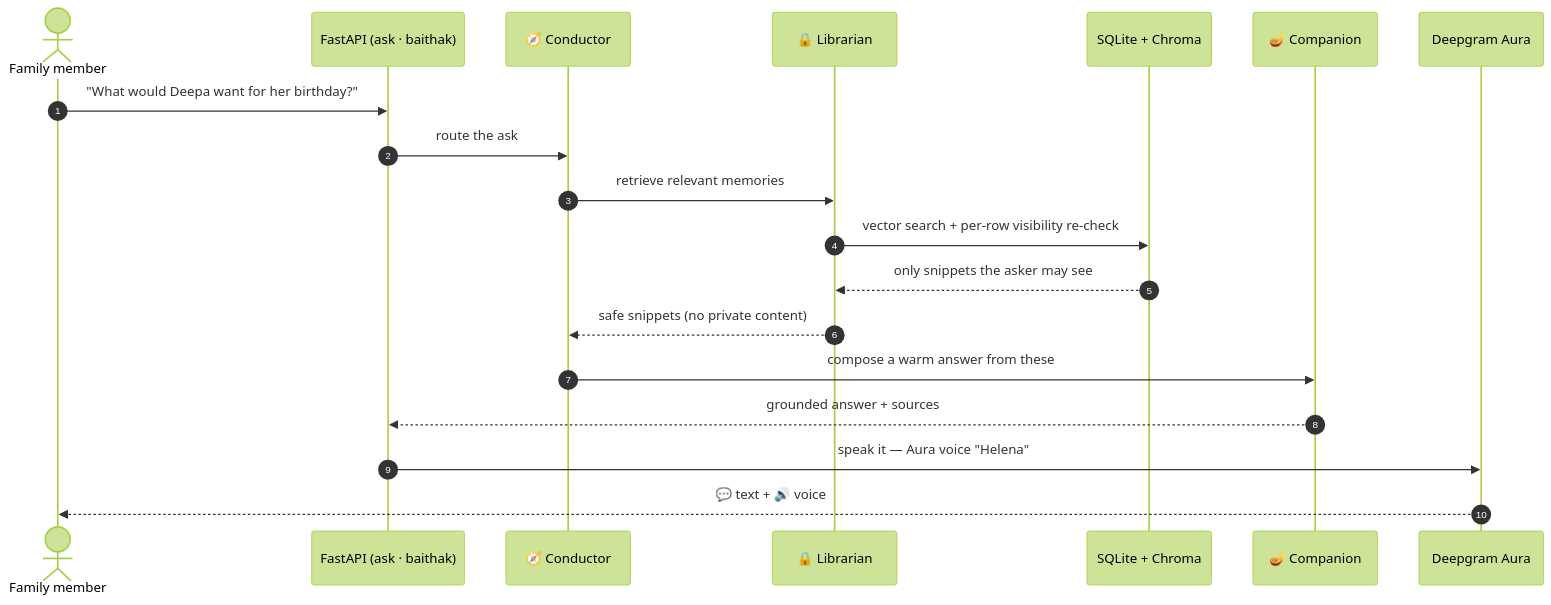
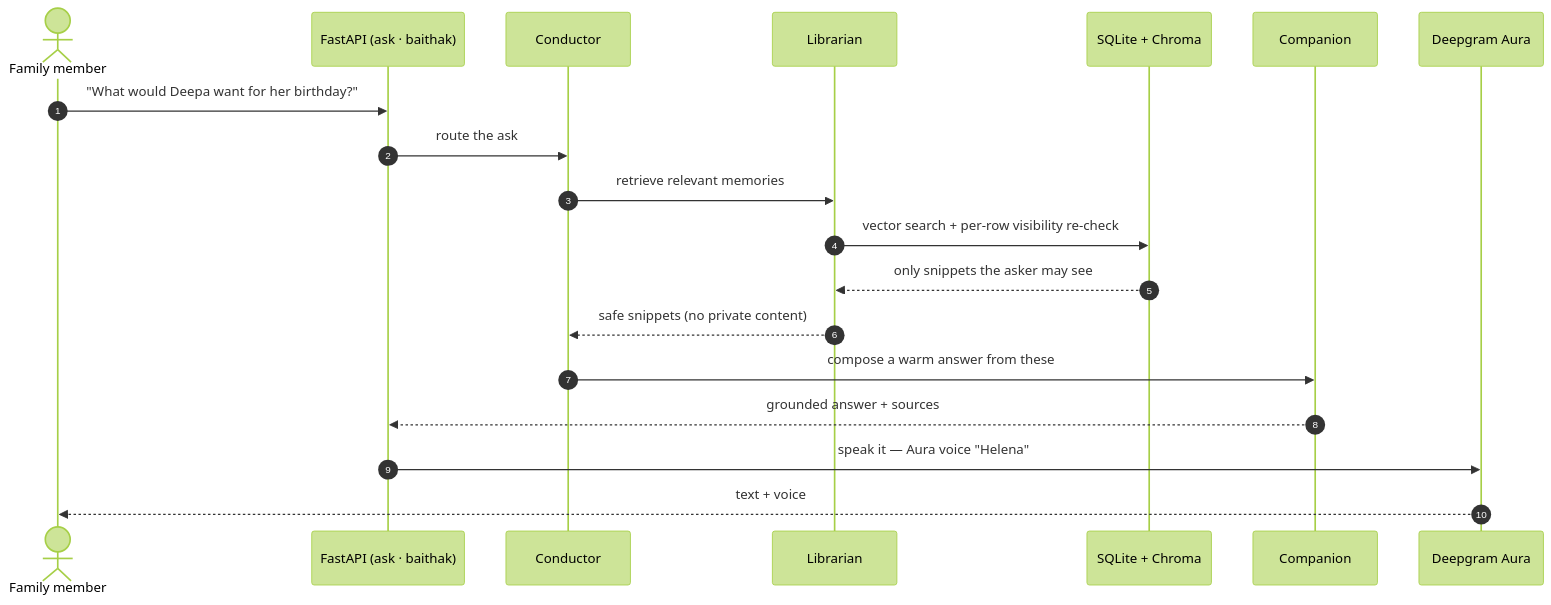
One commit to viditkbhatnagar/Aangan_AI_Journal changed the fourth of 5 diagrams in README.md. Above: the diagram before and after it, drawn with Mermaid (forest theme). The commit also changed other lines of this file and 31 other files, not shown here.

````diff
--- a/README.md
+++ b/README.md
@@ -182,22 +182,22 @@
 ```mermaid
 sequenceDiagram
-    autonumber
-    actor U as Family member
-    participant API as FastAPI (ask · baithak)
-    participant C as 🧭 Conductor
-    participant L as 🔒 Librarian
-    participant DB as SQLite + Chroma
-    participant K as 🪔 Companion
-    participant TTS as Deepgram Aura
+ autonumber
+ actor U as Family member
+ participant API as FastAPI (ask · baithak)
+ participant C as Conductor
+ participant L as Librarian
+ participant DB as SQLite + Chroma
+ participant K as Companion
+ participant TTS as Deepgram Aura
 
-    U->>API: "What would Deepa want for her birthday?"
-    API->>C: route the ask
-    C->>L: retrieve relevant memories
-    L->>DB: vector search + per-row visibility re-check
-    DB-->>L: only snippets the asker may see
-    L-->>C: safe snippets (no private content)
-    C->>K: compose a warm answer from these
-    K-->>API: grounded answer + sources
-    API->>TTS: speak it — Aura voice "Helena"
-    TTS-->>U: 💬 text + 🔊 voice
+ U->>API: "What would Deepa want for her birthday?"
+ API->>C: route the ask
+ C->>L: retrieve relevant memories
+ L->>DB: vector search + per-row visibility re-check
+ DB-->>L: only snippets the asker may see
+ L-->>C: safe snippets (no private content)
+ C->>K: compose a warm answer from these
+ K-->>API: grounded answer + sources
+ API->>TTS: speak it — Aura voice "Helena"
+ TTS-->>U: text + voice
 ```
````
